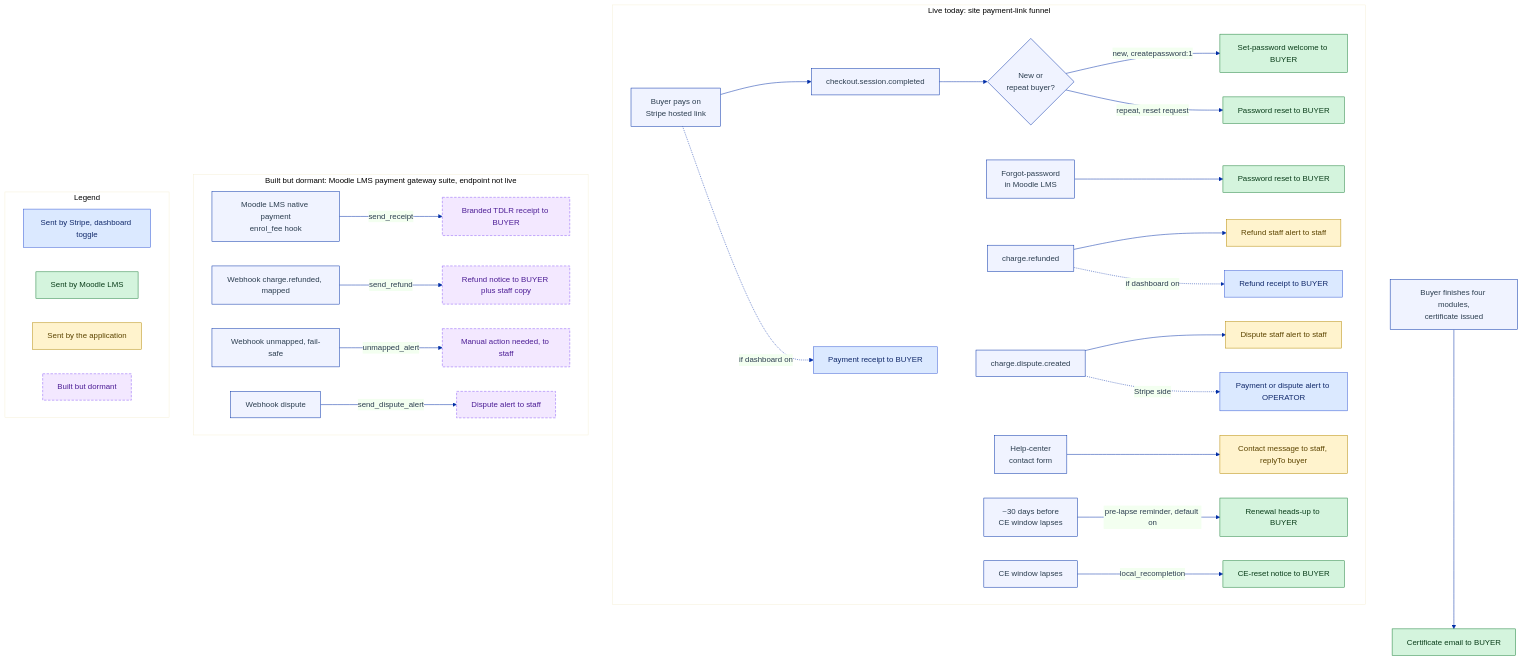
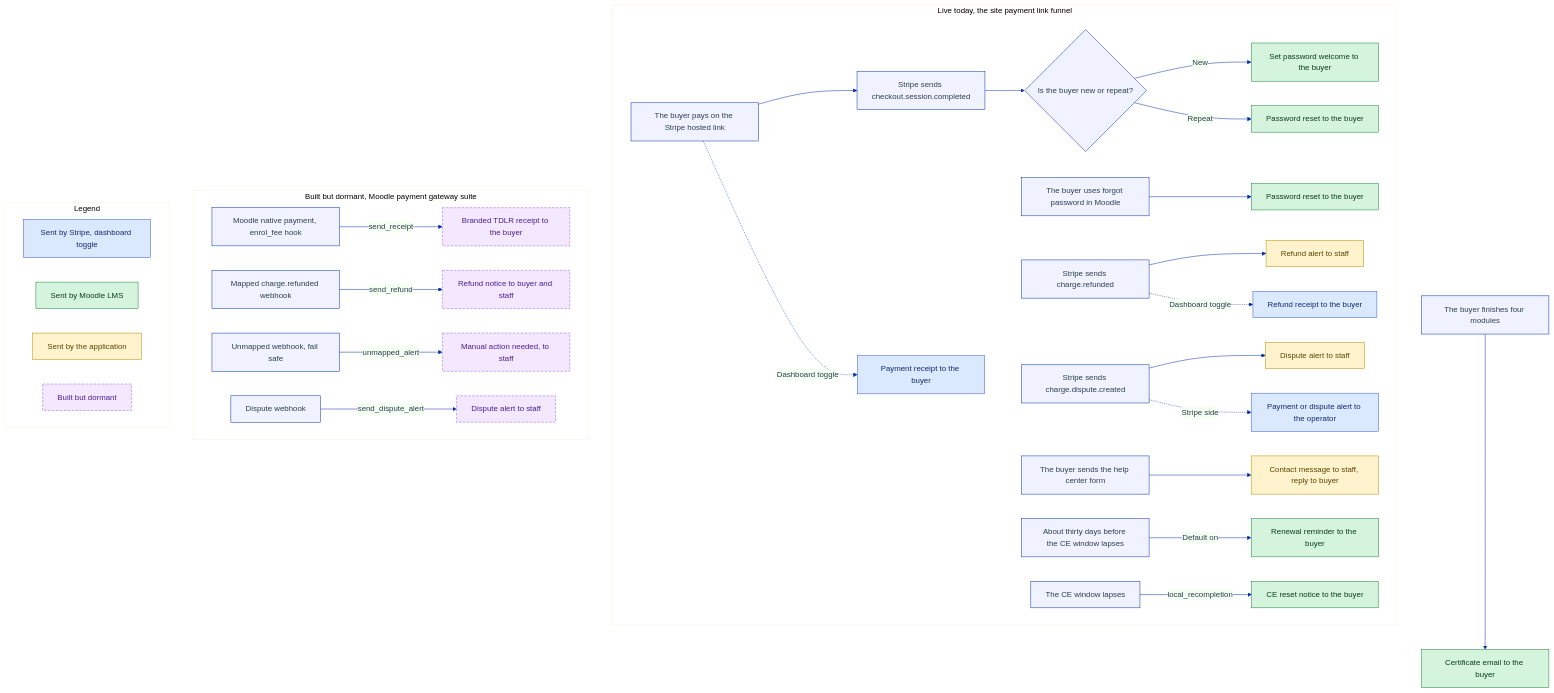
The diagram in diagrams/op-emails.mmd (mmentzerhernandez/global_experience), drawn with Mermaid before and after one commit. The commit also changed 30 other files, not shown here.

```diff
--- a/diagrams/op-emails.mmd
+++ b/diagrams/op-emails.mmd
@@ -1,62 +1,58 @@
 ---
 config:
   theme: base
   themeVariables:
     primaryColor: "#f0f3ff"
     primaryBorderColor: "#002fa7"
     primaryTextColor: "#2c3e50"
     lineColor: "#002fa7"
     fontFamily: "-apple-system,BlinkMacSystemFont,Segoe UI,Roboto,sans-serif"
 ---
 flowchart TD
     classDef stripe fill:#dbe9ff,stroke:#3358d4,color:#122a6b;
     classDef moodle fill:#d4f4dd,stroke:#1a7f37,color:#0a3d1a;
     classDef app fill:#fff3cd,stroke:#b58900,color:#5c4400;
     classDef dormant fill:#f3e8ff,stroke:#8b5cf6,color:#4c1d95,stroke-dasharray:5 3;
 
-    %% LIVE TODAY
-    subgraph LIVE["Live today: site payment-link funnel"]
-        pay["Buyer pays on<br/>Stripe hosted link"]
-        css["checkout.session.completed"]
-        newu{"New or<br/>repeat buyer?"}
-        forgot["Forgot-password<br/>in Moodle LMS"]
-        rf["charge.refunded"]
-        dp["charge.dispute.created"]
-        form["Help-center<br/>contact form"]
-        lapse_near["~30 days before<br/>CE window lapses"]
-        lapse_hit["CE window lapses"]
+    subgraph LIVE["Live today, the site payment link funnel"]
+        pay["The buyer pays on the Stripe hosted link"]
+        css["Stripe sends checkout.session.completed"]
+        newu{"Is the buyer new or repeat?"}
+        forgot["The buyer uses forgot password in Moodle"]
+        rf["Stripe sends charge.refunded"]
+        dp["Stripe sends charge.dispute.created"]
+        form["The buyer sends the help center form"]
+        lapse_near["About thirty days before the CE window lapses"]
+        lapse_hit["The CE window lapses"]
 
         pay --> css --> newu
-        pay -.->|"if dashboard on"| Lreceipt["Payment receipt to BUYER"]:::stripe
-        newu -->|"new, createpassword:1"| Lwelcome["Set-password welcome to BUYER"]:::moodle
-        newu -->|"repeat, reset request"| Lreset["Password reset to BUYER"]:::moodle
-        forgot --> Lreset2["Password reset to BUYER"]:::moodle
+        pay -.->|"Dashboard toggle"| Lreceipt["Payment receipt to the buyer"]:::stripe
+        newu -->|"New"| Lwelcome["Set password welcome to the buyer"]:::moodle
+        newu -->|"Repeat"| Lreset["Password reset to the buyer"]:::moodle
+        forgot --> Lreset2["Password reset to the buyer"]:::moodle
 
-        rf --> Lstaffrf["Refund staff alert to staff"]:::app
-        rf -.->|"if dashboard on"| Lsrefund["Refund receipt to BUYER"]:::stripe
-        dp --> Lstaffdp["Dispute staff alert to staff"]:::app
-        dp -.->|"Stripe side"| Lop["Payment or dispute alert to OPERATOR"]:::stripe
-        form --> Lform["Contact message to staff, replyTo buyer"]:::app
+        rf --> Lstaffrf["Refund alert to staff"]:::app
+        rf -.->|"Dashboard toggle"| Lsrefund["Refund receipt to the buyer"]:::stripe
+        dp --> Lstaffdp["Dispute alert to staff"]:::app
+        dp -.->|"Stripe side"| Lop["Payment or dispute alert to the operator"]:::stripe
+        form --> Lform["Contact message to staff, reply to buyer"]:::app
 
-        lapse_near -->|"pre-lapse reminder, default on"| Lprelapse["Renewal heads-up to BUYER"]:::moodle
-        lapse_hit -->|"local_recompletion"| Lreset3["CE-reset notice to BUYER"]:::moodle
+        lapse_near -->|"Default on"| Lprelapse["Renewal reminder to the buyer"]:::moodle
+        lapse_hit -->|"local_recompletion"| Lreset3["CE reset notice to the buyer"]:::moodle
     end
 
-    %% COMPLETION
-    complete["Buyer finishes four modules,<br/>certificate issued"] --> Lcert["Certificate email to BUYER"]:::moodle
+    complete["The buyer finishes four modules"] --> Lcert["Certificate email to the buyer"]:::moodle
 
-    %% DORMANT
-    subgraph DORM["Built but dormant: Moodle LMS payment gateway suite, endpoint not live"]
-        dcss["Moodle LMS native payment<br/>enrol_fee hook"] -->|"send_receipt"| Dreceipt["Branded TDLR receipt to BUYER"]:::dormant
-        drf["Webhook charge.refunded, mapped"] -->|"send_refund"| Drefund["Refund notice to BUYER plus staff copy"]:::dormant
-        drf2["Webhook unmapped, fail-safe"] -->|"unmapped_alert"| Dunmapped["Manual action needed, to staff"]:::dormant
-        ddp["Webhook dispute"] -->|"send_dispute_alert"| Ddispute["Dispute alert to staff"]:::dormant
+    subgraph DORM["Built but dormant, Moodle payment gateway suite"]
+        dcss["Moodle native payment, enrol_fee hook"] -->|"send_receipt"| Dreceipt["Branded TDLR receipt to the buyer"]:::dormant
+        drf["Mapped charge.refunded webhook"] -->|"send_refund"| Drefund["Refund notice to buyer and staff"]:::dormant
+        drf2["Unmapped webhook, fail safe"] -->|"unmapped_alert"| Dunmapped["Manual action needed, to staff"]:::dormant
+        ddp["Dispute webhook"] -->|"send_dispute_alert"| Ddispute["Dispute alert to staff"]:::dormant
     end
 
-    %% LEGEND
     subgraph LEGEND["Legend"]
         g1["Sent by Stripe, dashboard toggle"]:::stripe
         g2["Sent by Moodle LMS"]:::moodle
         g3["Sent by the application"]:::app
         g4["Built but dormant"]:::dormant
     end
```
